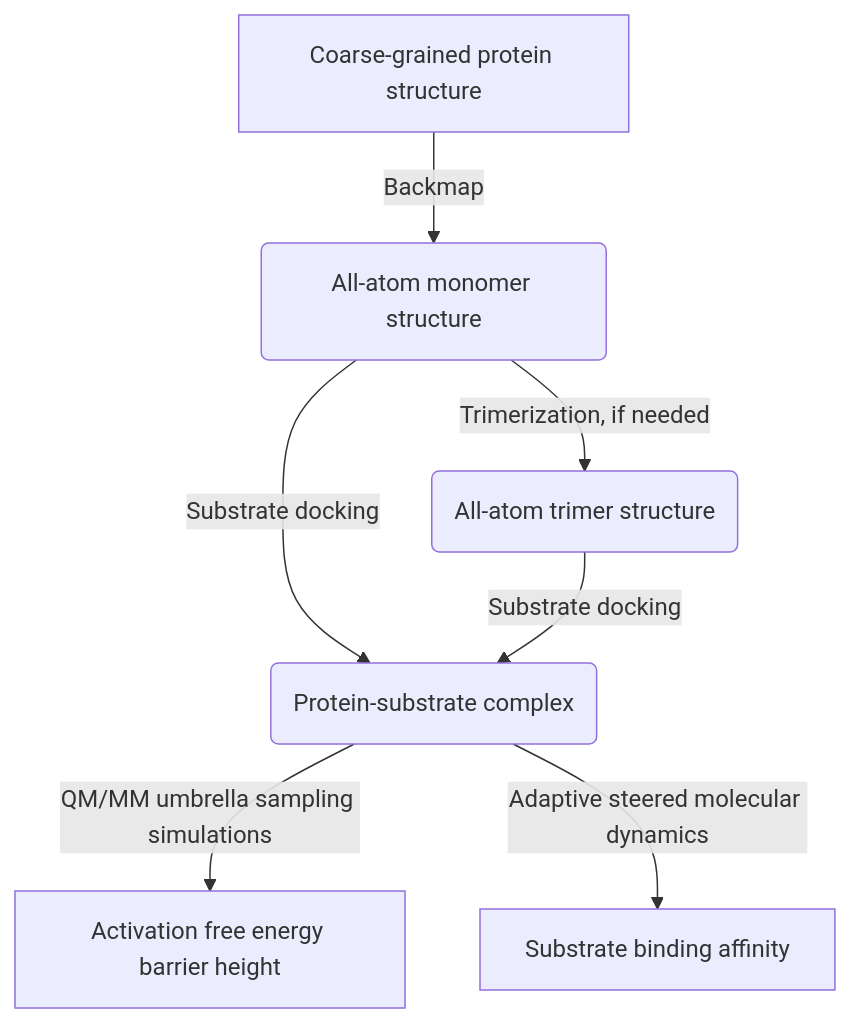
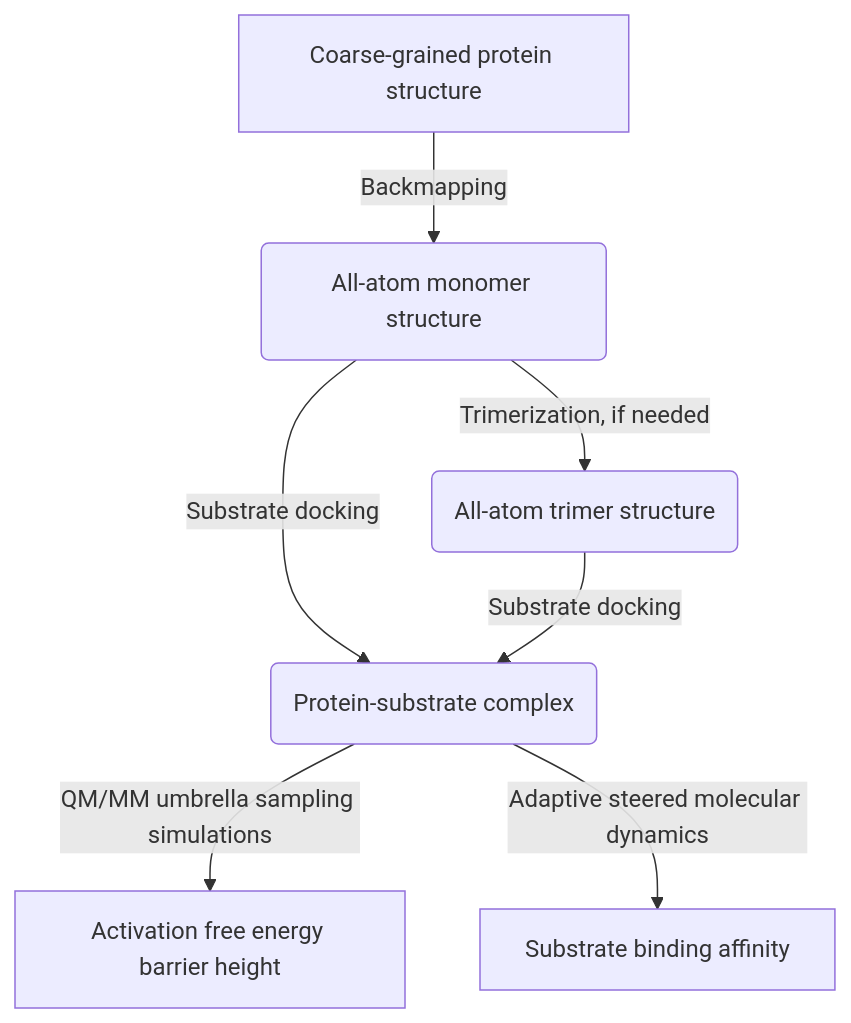
One commit to obrien-lab/Activation-Energy-Estimation-Workflow changed the diagram in README.md. Above: the diagram before and after it, drawn with Mermaid. The commit also changed other lines of this file, not shown here.

````diff
--- a/README.md
+++ b/README.md
@@ -19,9 +19,9 @@
 ```mermaid
 graph TD;
-  A[Coarse-grained protein structure] -->|Backmap| B(All-atom monomer structure)
+  A[Coarse-grained protein structure] -->|Backmapping| B(All-atom monomer structure)
   B-->|Trimerization, if needed| C(All-atom trimer structure)
   B-->|Substrate docking| D(Protein-substrate complex)
   C-->|Substrate docking| D
   D-->|QM/MM umbrella sampling simulations| E[Activation free energy barrier height]
   D-->|Adaptive steered molecular dynamics| F[Substrate binding affinity]
 ```
````
